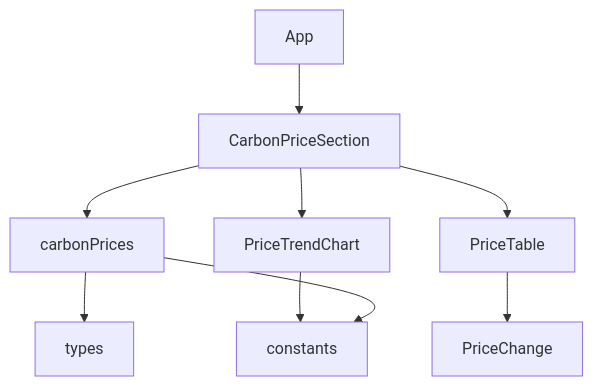
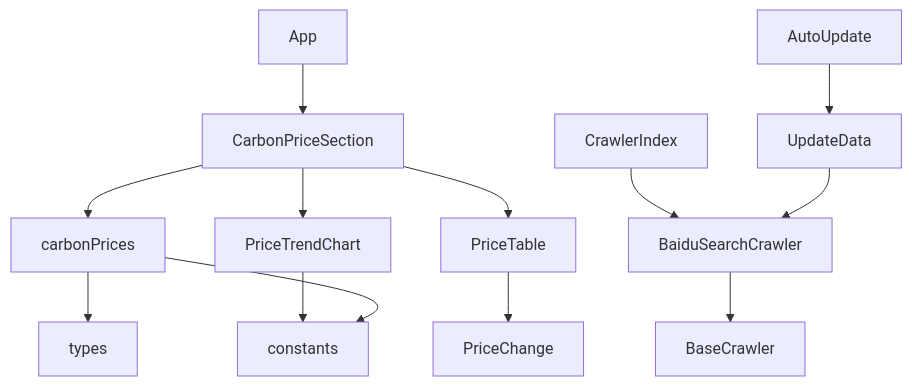
Before and after one commit to liangxuanliang-cmd/carbon-info-agent: diagram 15 of 15 in .qoder/repowiki/zh/content/功能模块/碳价格监控模块.md, drawn with Mermaid. The commit also changed other lines of this file and 6 other files, not shown here.

````diff
--- a/.qoder/repowiki/zh/content/功能模块/碳价格监控模块.md
+++ b/.qoder/repowiki/zh/content/功能模块/碳价格监控模块.md
@@ -481,11 +651,15 @@
 ```mermaid
 graph TD
 CarbonPriceSection[CarbonPriceSection] --> carbonPrices[carbonPrices]
 CarbonPriceSection --> PriceTable[PriceTable]
 CarbonPriceSection --> PriceTrendChart[PriceTrendChart]
 PriceTable --> PriceChange[PriceChange]
 PriceTrendChart --> constants[constants]
 carbonPrices --> types[types]
 carbonPrices --> constants
 App[App] --> CarbonPriceSection
+BaiduSearchCrawler --> BaseCrawler
+CrawlerIndex --> BaiduSearchCrawler
+UpdateData --> BaiduSearchCrawler
+AutoUpdate --> UpdateData
 ```
````
